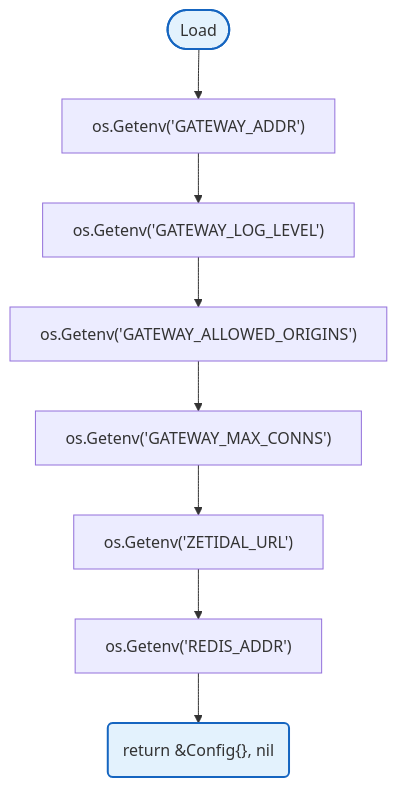
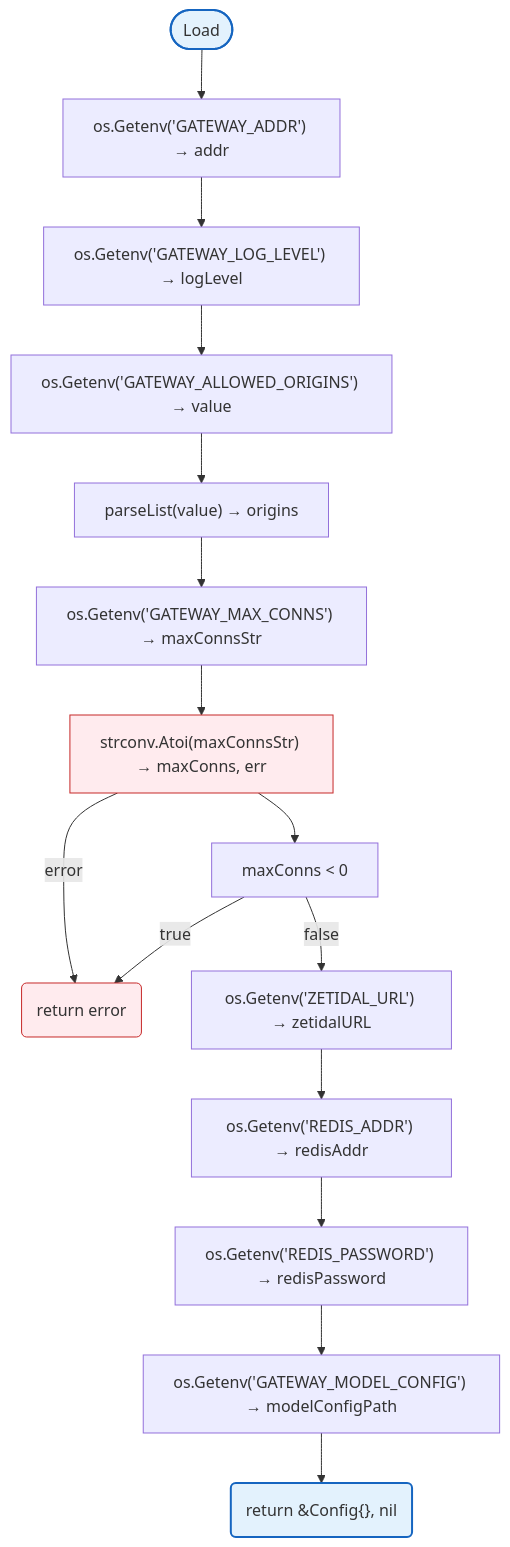
Before and after one commit to radch-ai/ava: the first of 2 diagrams in docs/config/README.md, drawn with Mermaid. The commit also changed other lines of this file and 5 other files, not shown here.

First line of the commit message:
refactor(config): inline AuthConfig struct, add ModelConfigPath, update docs

````diff
--- a/docs/config/README.md
+++ b/docs/config/README.md
@@ -9,14 +9,23 @@
 ```mermaid
 flowchart TB
-    Start([Load]) --> GetAddr["os.Getenv('GATEWAY_ADDR')"]
-    GetAddr --> GetLevel["os.Getenv('GATEWAY_LOG_LEVEL')"]
-    GetLevel --> GetOrigins["os.Getenv('GATEWAY_ALLOWED_ORIGINS')"]
-    GetOrigins --> GetMaxConns["os.Getenv('GATEWAY_MAX_CONNS')"]
-    GetMaxConns --> GetZetidalURL["os.Getenv('ZETIDAL_URL')"]
-    GetZetidalURL --> GetRedis["os.Getenv('REDIS_ADDR')"]
-    GetRedis --> DoneOk("return &Config{}, nil")
+    Start([Load]) --> GetAddr["os.Getenv('GATEWAY_ADDR') → addr"]
+    GetAddr --> GetLevel["os.Getenv('GATEWAY_LOG_LEVEL') → logLevel"]
+    GetLevel --> GetOrigins["os.Getenv('GATEWAY_ALLOWED_ORIGINS') → value"]
+    GetOrigins --> ParseOrigins["parseList(value) → origins"]
+    ParseOrigins --> GetMaxConns["os.Getenv('GATEWAY_MAX_CONNS') → maxConnsStr"]
+    GetMaxConns --> ParseMax["strconv.Atoi(maxConnsStr) → maxConns, err"]
+    ParseMax -->|error| DoneErr("return error")
+    ParseMax --> CheckNeg["maxConns < 0"]
+    CheckNeg -->|true| DoneErr
+    CheckNeg -->|false| GetZetidalURL["os.Getenv('ZETIDAL_URL') → zetidalURL"]
+    GetZetidalURL --> GetRedis["os.Getenv('REDIS_ADDR') → redisAddr"]
+    GetRedis --> GetRedisPwd["os.Getenv('REDIS_PASSWORD') → redisPassword"]
+    GetRedisPwd --> GetModelCfg["os.Getenv('GATEWAY_MODEL_CONFIG') → modelConfigPath"]
+    GetModelCfg --> DoneOk("return &Config{}, nil")
 
     classDef mainFn fill:#e3f2fd,stroke:#1565c0,stroke-width:2px
+    classDef errorFlow fill:#ffebee,stroke:#c62828,stroke-width:1px
 
     class Start,DoneOk mainFn
+    class ParseMax,DoneErr errorFlow
 ```
````
